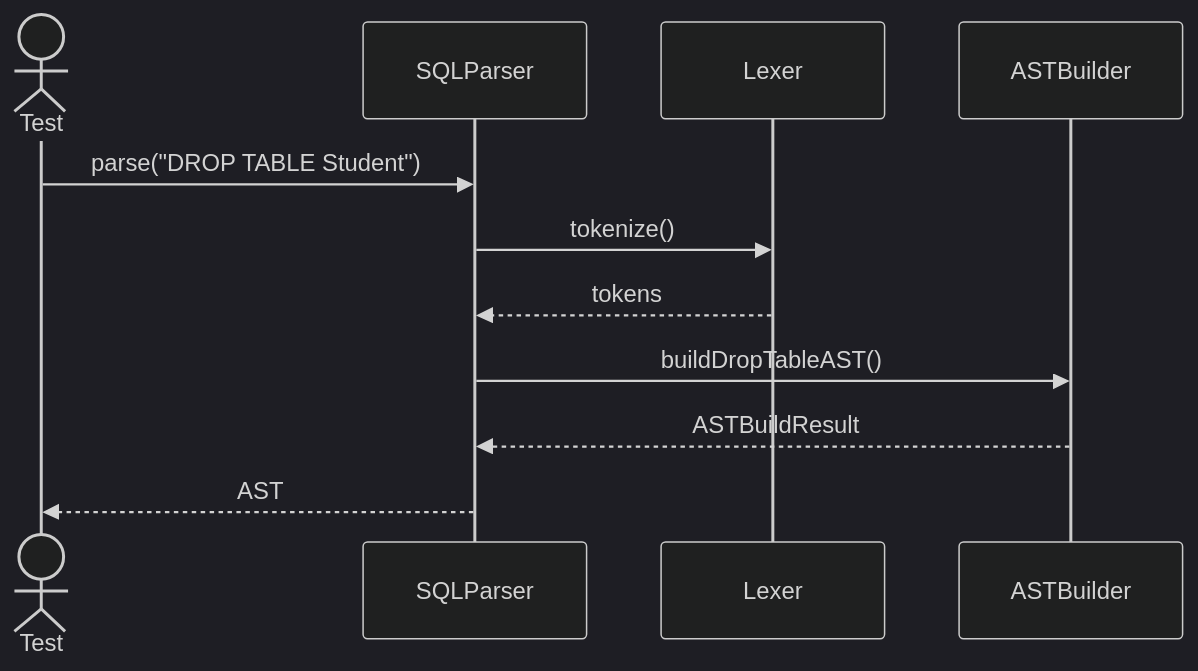
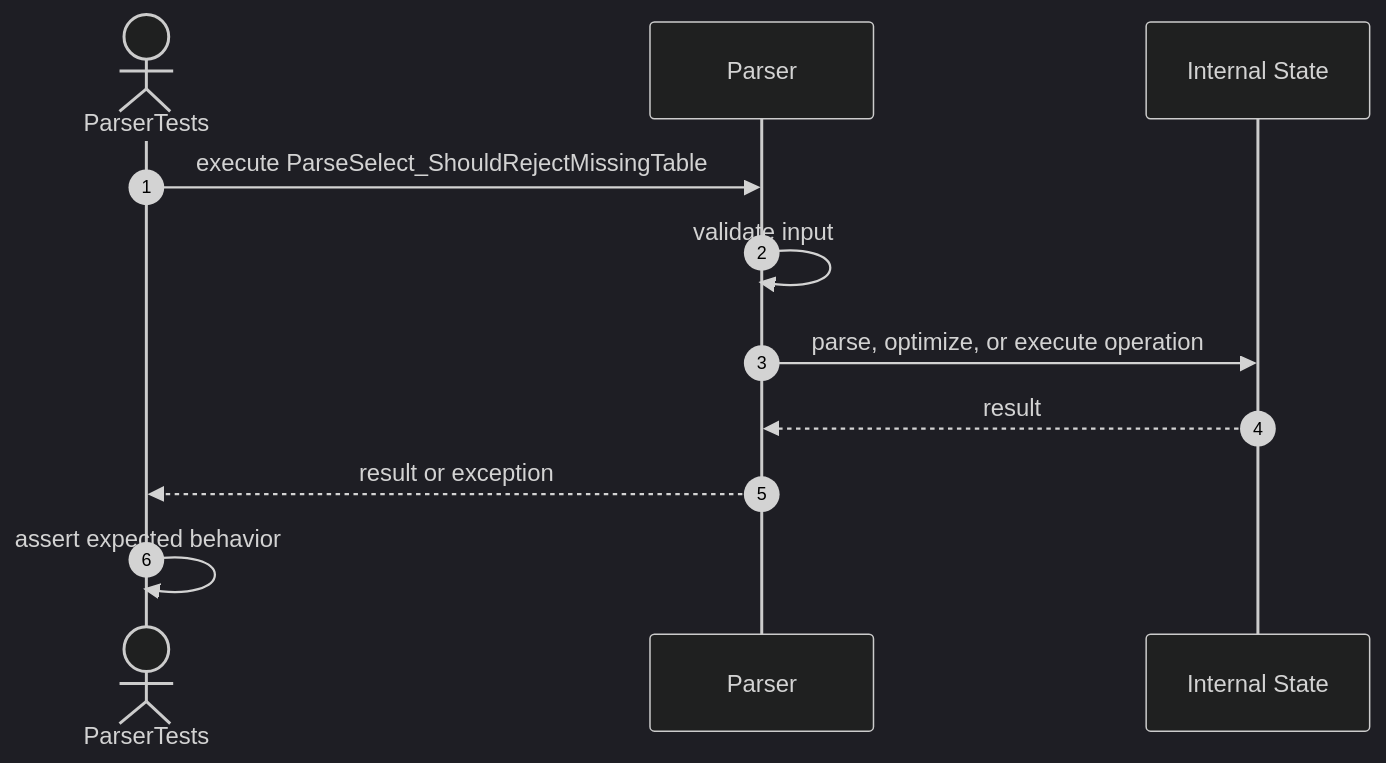
Before and after one commit to FhuAnn/-bbv-AN-s-DBMS: the tenth of 22 diagrams in src/tests/unit/query/sequences/sql-parser-testing.se.md, drawn with Mermaid (dark theme). The commit also changed other lines of this file and 36 other files, not shown here.

````diff
--- a/src/tests/unit/query/sequences/sql-parser-testing.se.md
+++ b/src/tests/unit/query/sequences/sql-parser-testing.se.md
@@ -156,14 +158,14 @@
 ```mermaid
 sequenceDiagram
-actor Test
-participant SQLParser
-participant Lexer
-participant ASTBuilder
+    autonumber
+    actor Test as ParserTests
+    participant Target as Parser
+    participant Internal as Internal State
 
-Test->>SQLParser: parse("DROP TABLE Student")
-SQLParser->>Lexer: tokenize()
-Lexer-->>SQLParser: tokens
-SQLParser->>ASTBuilder: buildDropTableAST()
-ASTBuilder-->>SQLParser: ASTBuildResult
-SQLParser-->>Test: AST
+    Test->>Target: execute ParseSelect_ShouldRejectMissingTable
+    Target->>Target: validate input
+    Target->>Internal: parse, optimize, or execute operation
+    Internal-->>Target: result
+    Target-->>Test: result or exception
+    Test->>Test: assert expected behavior
 ```
````
